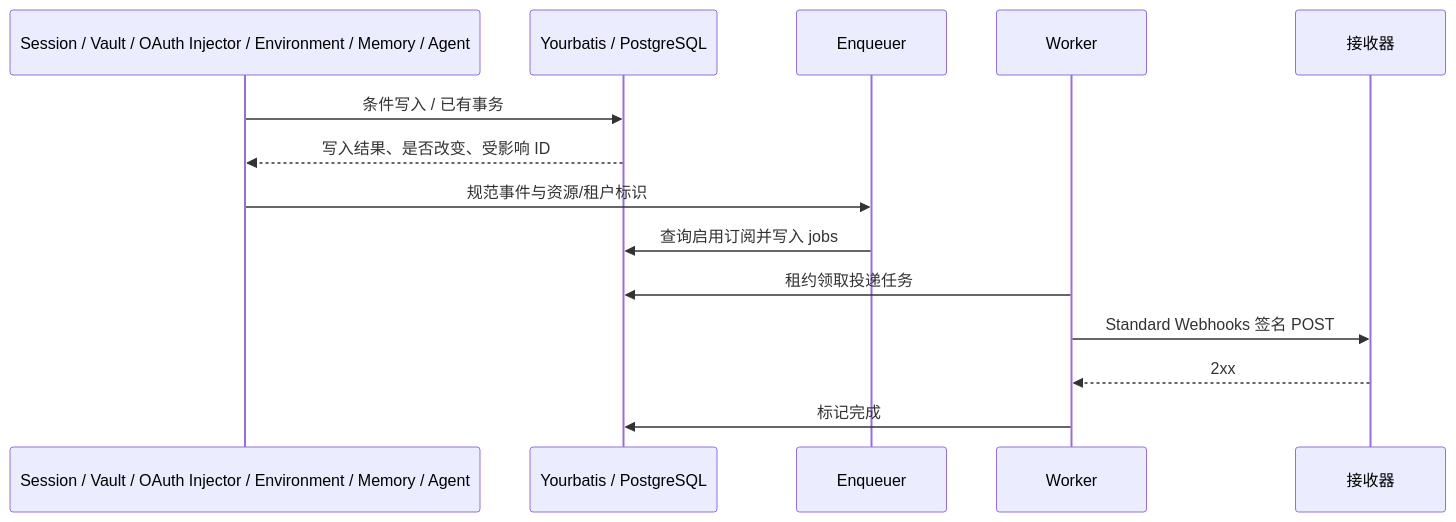
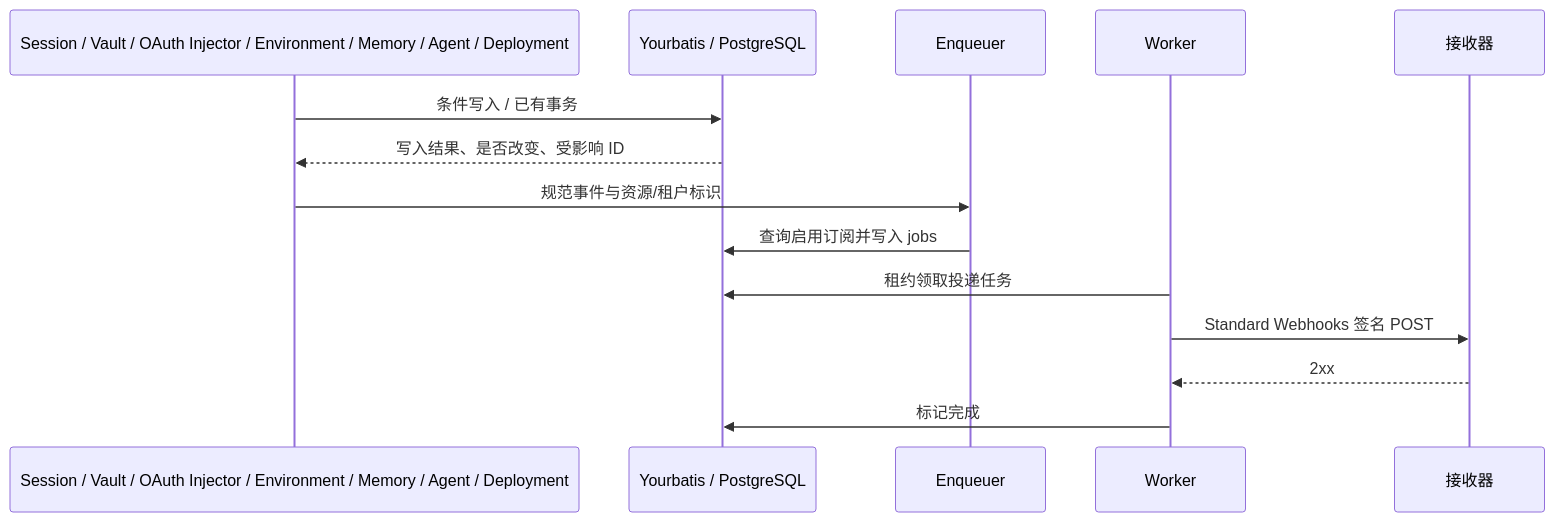
One commit to superduck-ai/open-managed-agents changed the third of 6 diagrams in docs/design/webhook-subscriptions.md. Above: the diagram before and after it, drawn with Mermaid. The commit also changed other lines of this file and 15 other files, not shown here.

````diff
--- a/docs/design/webhook-subscriptions.md
+++ b/docs/design/webhook-subscriptions.md
@@ -104,16 +104,16 @@
 ```mermaid
 sequenceDiagram
-    participant Resource as Session / Vault / OAuth Injector / Environment / Memory / Agent
+    participant Resource as Session / Vault / OAuth Injector / Environment / Memory / Agent / Deployment
     participant DB as Yourbatis / PostgreSQL
     participant Enqueuer
     participant Worker
     participant Receiver as 接收器
     Resource->>DB: 条件写入 / 已有事务
     DB-->>Resource: 写入结果、是否改变、受影响 ID
     Resource->>Enqueuer: 规范事件与资源/租户标识
     Enqueuer->>DB: 查询启用订阅并写入 jobs
     Worker->>DB: 租约领取投递任务
     Worker->>Receiver: Standard Webhooks 签名 POST
     Receiver-->>Worker: 2xx
     Worker->>DB: 标记完成
 ```
````
